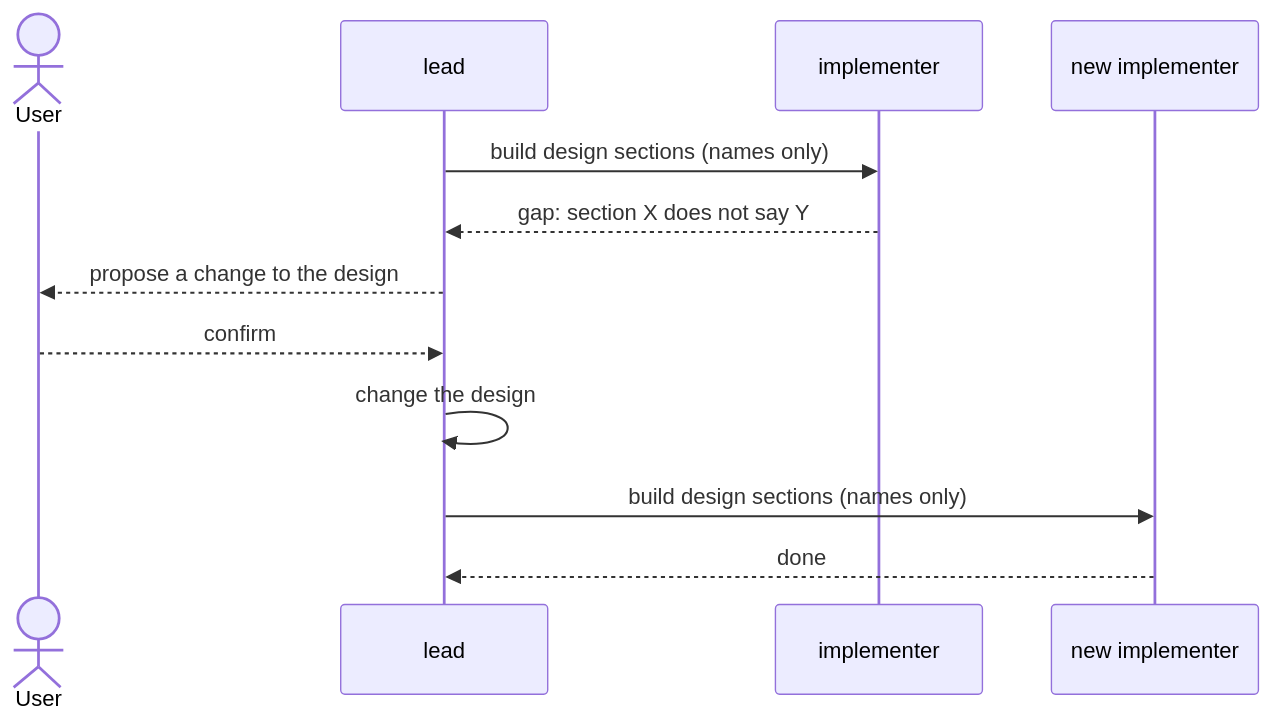
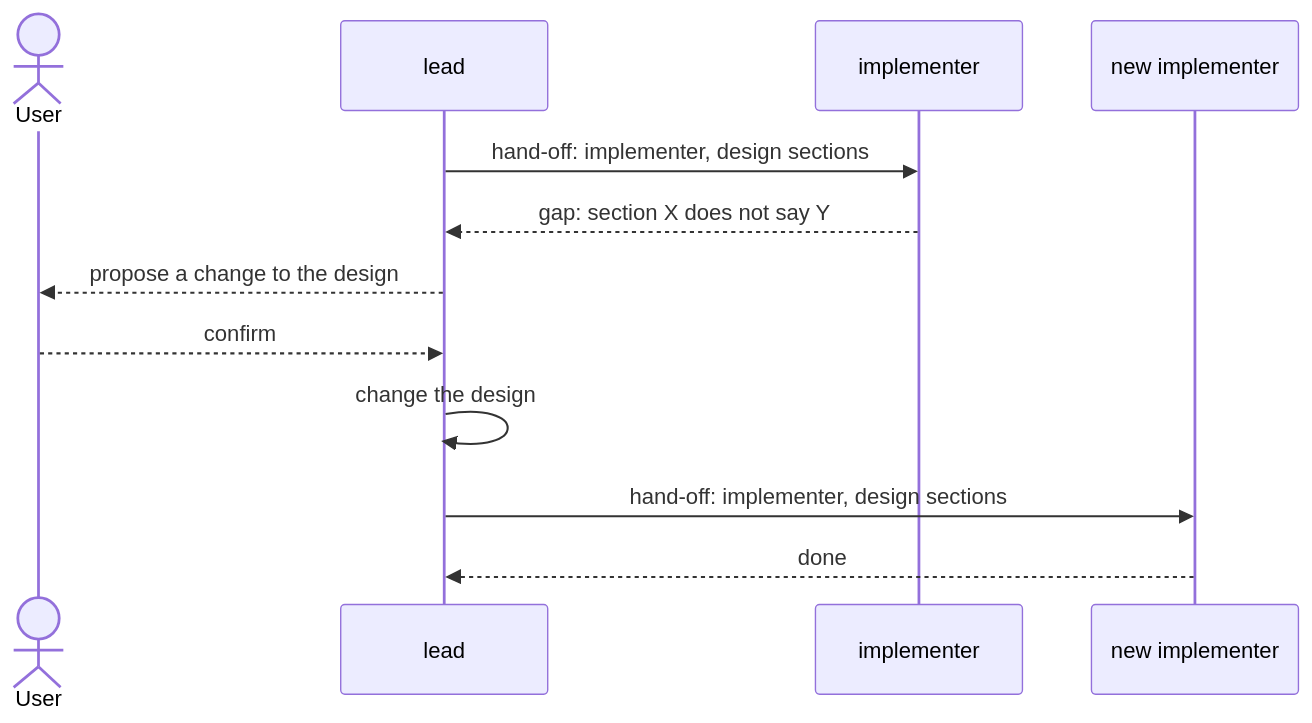
The diagram in docs/design/roles.md (jheun66/plumbline), drawn with Mermaid before and after one commit. The commit also changed other lines of this file and 5 other files, not shown here.

````diff
--- a/docs/design/roles.md
+++ b/docs/design/roles.md
@@ -57,14 +56,14 @@
 ```mermaid
 sequenceDiagram
   actor U as User
   participant L as lead
   participant I1 as implementer
   participant I2 as new implementer
-  L->>I1: build design sections (names only)
+  L->>I1: hand-off: implementer, design sections
   I1-->>L: gap: section X does not say Y
   L-->>U: propose a change to the design
   U-->>L: confirm
   L->>L: change the design
-  L->>I2: build design sections (names only)
+  L->>I2: hand-off: implementer, design sections
   I2-->>L: done
 ```
````
